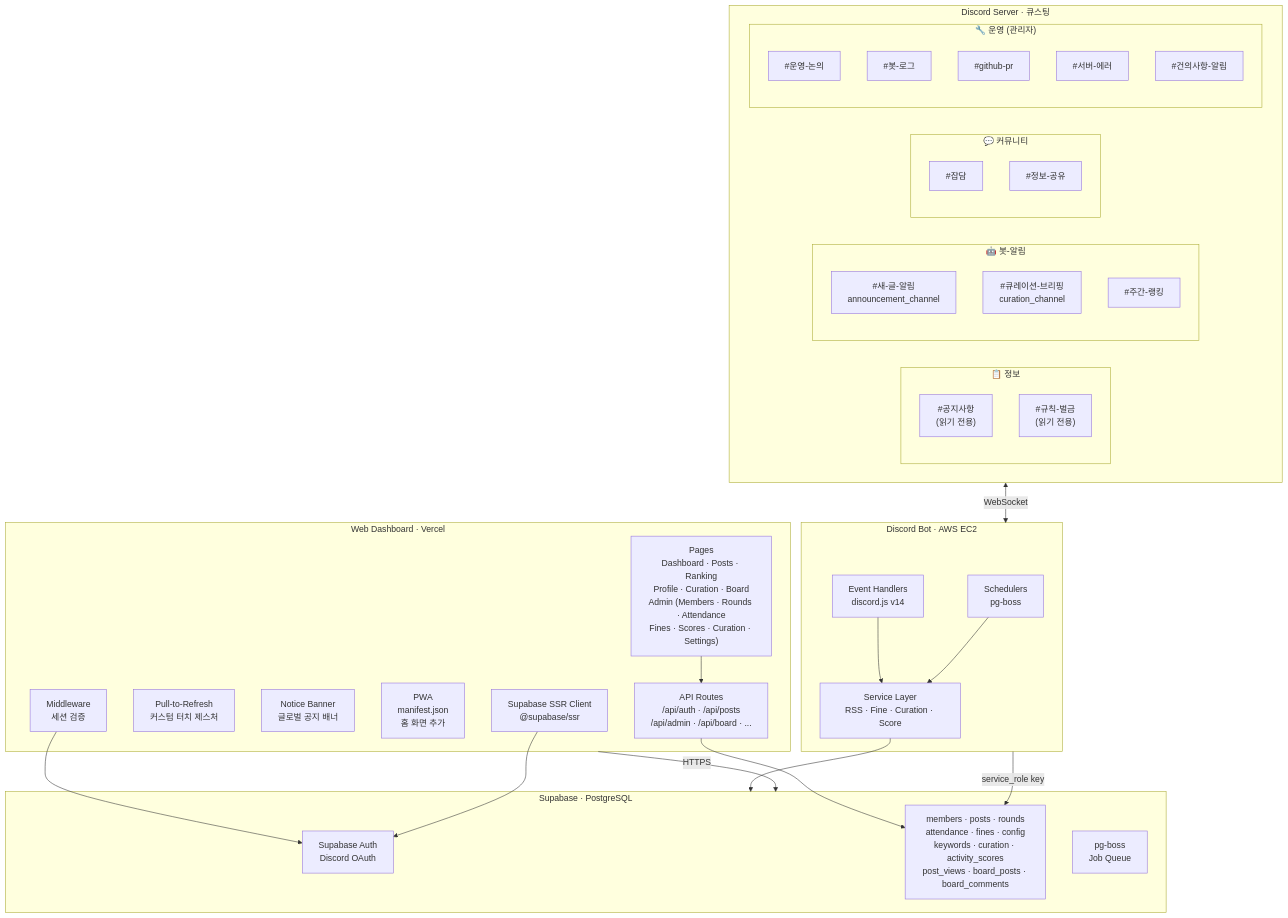
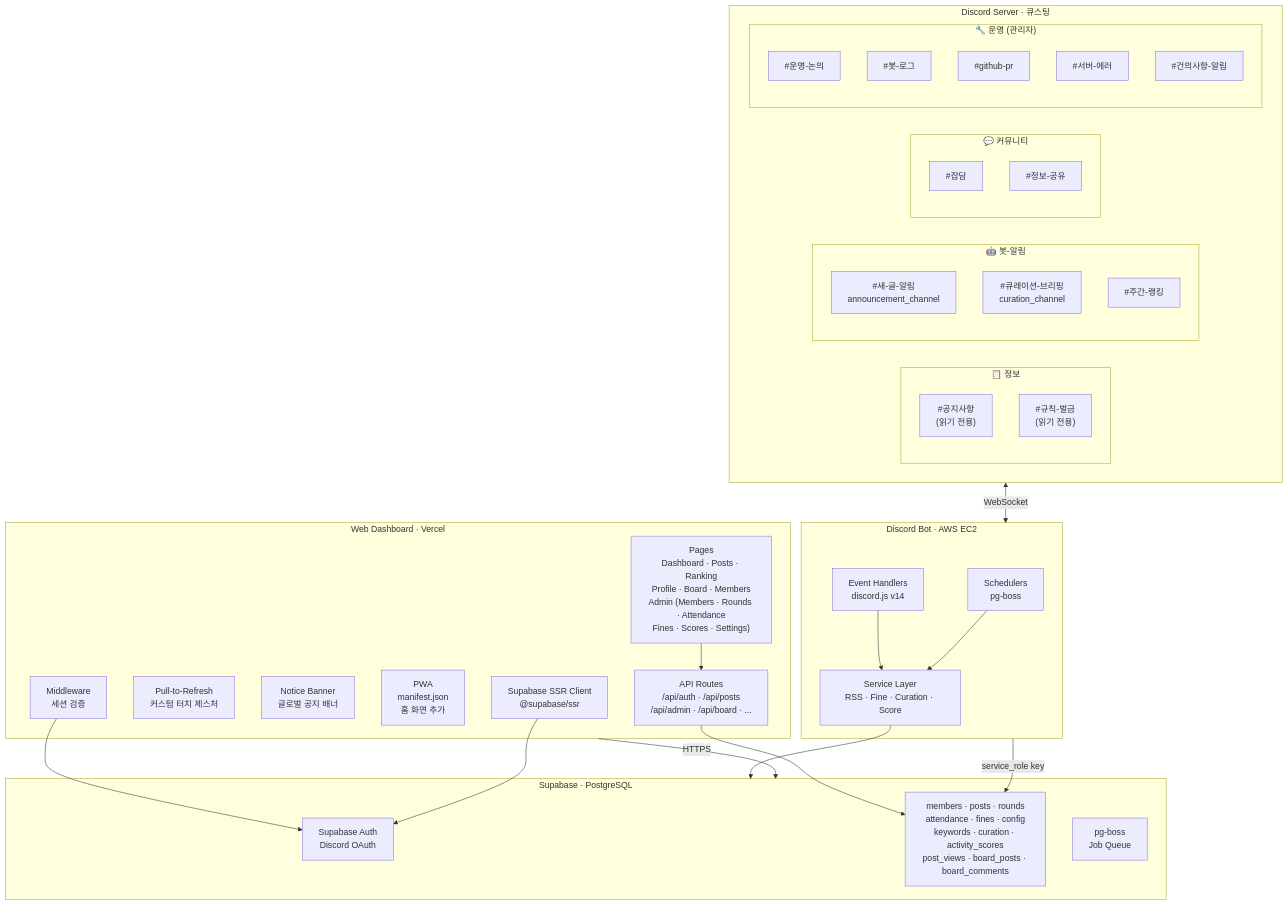
One commit to bbbang105/study-admin changed the first of 9 diagrams in docs/ARCHITECTURE.md. Above: the diagram before and after it, drawn with Mermaid. The commit also changed other lines of this file and 34 other files, not shown here.

````diff
--- a/docs/ARCHITECTURE.md
+++ b/docs/ARCHITECTURE.md
@@ -9,59 +9,59 @@
 ```mermaid
 graph TB
     subgraph Discord["Discord Server · 큐스팅"]
         subgraph DCH_INFO["📋 정보"]
             CH_NOTICE["#공지사항<br/>(읽기 전용)"]
             CH_RULES["#규칙-벌금<br/>(읽기 전용)"]
         end
         subgraph DCH_BOT["🤖 봇-알림"]
             CH_RSS["#새-글-알림<br/>announcement_channel"]
             CH_CURA["#큐레이션-브리핑<br/>curation_channel"]
             CH_RANK["#주간-랭킹"]
         end
         subgraph DCH_COMM["💬 커뮤니티"]
             CH_CHAT["#잡담"]
             CH_SHARE["#정보-공유"]
         end
         subgraph DCH_OPS["🔧 운영 (관리자)"]
             CH_OPS["#운영-논의"]
             CH_LOG["#봇-로그"]
             CH_PR["#github-pr"]
             CH_ERR["#서버-에러"]
             CH_SUGGEST["#건의사항-알림"]
         end
     end
 
     subgraph Bot["Discord Bot · AWS EC2"]
         SCH["Schedulers<br/>pg-boss"]
         EVT["Event Handlers<br/>discord.js v14"]
         SVC["Service Layer<br/>RSS · Fine · Curation · Score"]
     end
 
     subgraph DB["Supabase · PostgreSQL"]
         AUTH["Supabase Auth<br/>Discord OAuth"]
         TABLES["members · posts · rounds<br/>attendance · fines · config<br/>keywords · curation · activity_scores<br/>post_views · board_posts · board_comments"]
         PGBOSS["pg-boss<br/>Job Queue"]
     end
 
     subgraph Web["Web Dashboard · Vercel"]
         MW["Middleware<br/>세션 검증"]
-        PAGES["Pages<br/>Dashboard · Posts · Ranking<br/>Profile · Curation · Board<br/>Admin (Members · Rounds · Attendance<br/>Fines · Scores · Curation · Settings)"]
+        PAGES["Pages<br/>Dashboard · Posts · Ranking<br/>Profile · Board · Members<br/>Admin (Members · Rounds · Attendance<br/>Fines · Scores · Settings)"]
         PTR["Pull-to-Refresh<br/>커스텀 터치 제스처"]
         BANNER["Notice Banner<br/>글로벌 공지 배너"]
         PWA["PWA<br/>manifest.json<br/>홈 화면 추가"]
         API["API Routes<br/>/api/auth · /api/posts<br/>/api/admin · /api/board · ..."]
         SUPA_CLIENT["Supabase SSR Client<br/>@supabase/ssr"]
     end
 
     Discord <-->|WebSocket| Bot
     EVT --> SVC
     SCH --> SVC
     SVC --> DB
     Bot -->|service_role key| TABLES
 
     Web -->|HTTPS| DB
     MW --> AUTH
     SUPA_CLIENT --> AUTH
     API --> TABLES
     PAGES --> API
 ```
````
